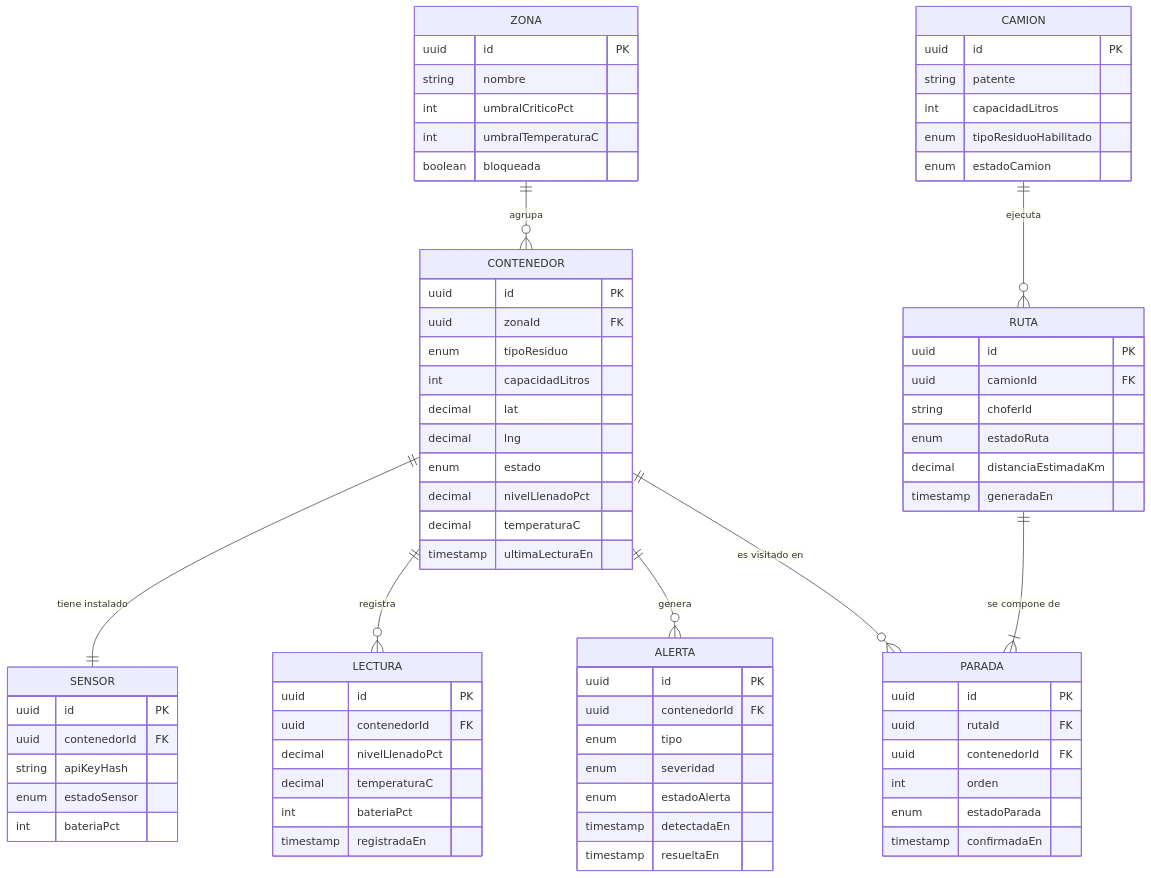
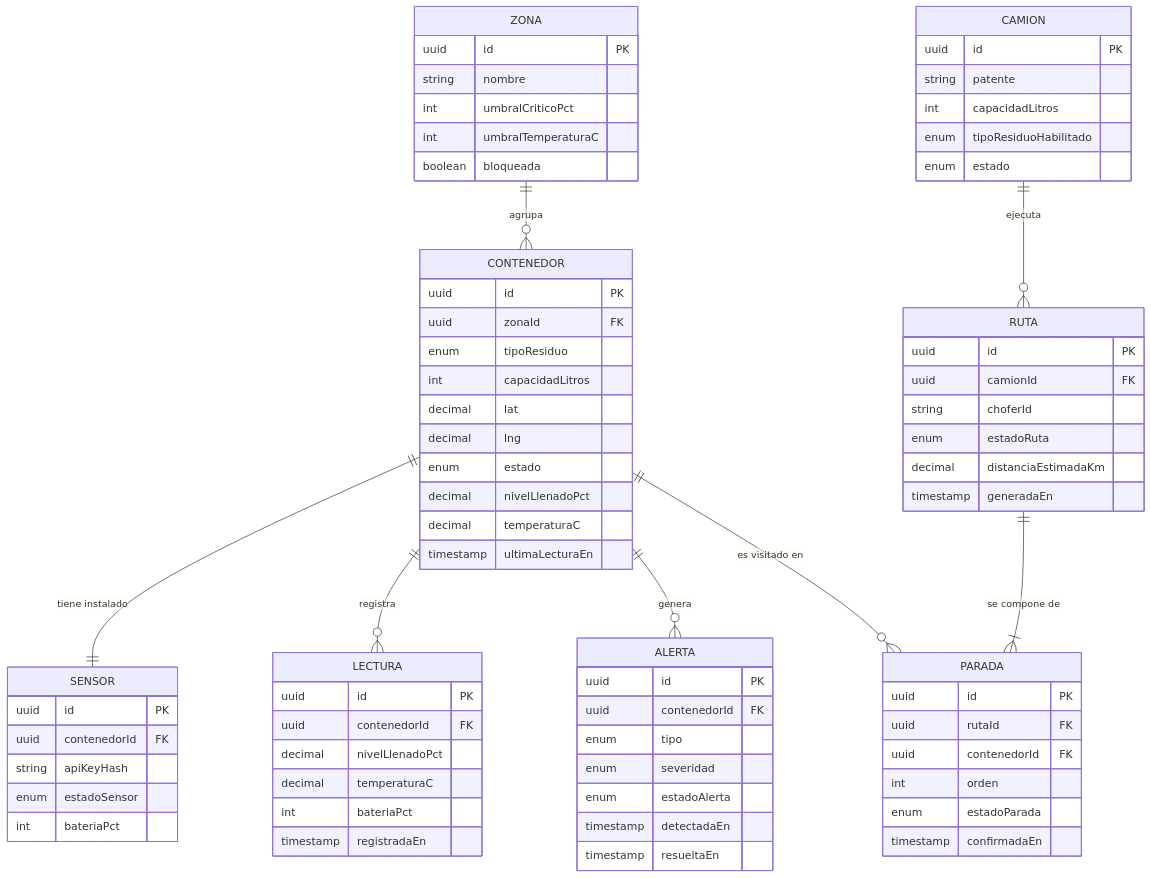
Before and after one commit to ResiduosCityPass/citypass-residuos: the diagram in docs/arquitectura/modelo-de-datos.md, drawn with Mermaid. The commit also changed 20 other files, not shown here.

````diff
--- a/docs/arquitectura/modelo-de-datos.md
+++ b/docs/arquitectura/modelo-de-datos.md
@@ -7,77 +7,77 @@
 ```mermaid
 erDiagram
     ZONA ||--o{ CONTENEDOR : agrupa
     CONTENEDOR ||--|| SENSOR : "tiene instalado"
     CONTENEDOR ||--o{ LECTURA : registra
     CONTENEDOR ||--o{ ALERTA : genera
     CONTENEDOR ||--o{ PARADA : "es visitado en"
     CAMION ||--o{ RUTA : ejecuta
     RUTA ||--|{ PARADA : "se compone de"
 
     ZONA {
         uuid id PK
         string nombre
         int umbralCriticoPct
         int umbralTemperaturaC
         boolean bloqueada
     }
     CONTENEDOR {
         uuid id PK
         uuid zonaId FK
         enum tipoResiduo
         int capacidadLitros
         decimal lat
         decimal lng
         enum estado
         decimal nivelLlenadoPct
         decimal temperaturaC
         timestamp ultimaLecturaEn
     }
     SENSOR {
         uuid id PK
         uuid contenedorId FK
         string apiKeyHash
         enum estadoSensor
         int bateriaPct
     }
     LECTURA {
         uuid id PK
         uuid contenedorId FK
         decimal nivelLlenadoPct
         decimal temperaturaC
         int bateriaPct
         timestamp registradaEn
     }
     ALERTA {
         uuid id PK
         uuid contenedorId FK
         enum tipo
         enum severidad
         enum estadoAlerta
         timestamp detectadaEn
         timestamp resueltaEn
     }
     CAMION {
         uuid id PK
         string patente
         int capacidadLitros
         enum tipoResiduoHabilitado
-        enum estadoCamion
+        enum estado
     }
     RUTA {
         uuid id PK
         uuid camionId FK
         string choferId
         enum estadoRuta
         decimal distanciaEstimadaKm
         timestamp generadaEn
     }
     PARADA {
         uuid id PK
         uuid rutaId FK
         uuid contenedorId FK
         int orden
         enum estadoParada
         timestamp confirmadaEn
     }
 ```
````
